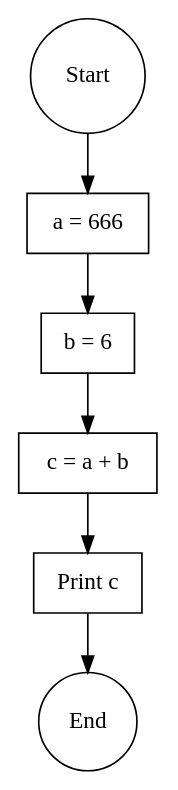
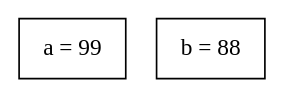
Before and after one commit to Saksham1515/AI_Code_Explainer: the diagram in flowchart/mygraph.dot, drawn with Graphviz. The commit also changed 1 other file, not shown here.

```diff
--- a/flowchart/mygraph.dot
+++ b/flowchart/mygraph.dot
@@ -1,16 +1,4 @@
 digraph G {
-        node [shape=box];
-        
-        start [label="Start", shape=circle];
-        init_a [label="a = 666", shape=box];
-        init_b [label="b = 6", shape=box];
-        add [label="c = a + b", shape=box];
-        print [label="Print c", shape=box];
-        end [label="End", shape=circle];
-        
-        start -> init_a;
-        init_a -> init_b;
-        init_b -> add;
-        add -> print;
-        print -> end;
-    }
+    a [label="a = 99", shape=box];
+    b [label="b = 88", shape=box];
+}
```
